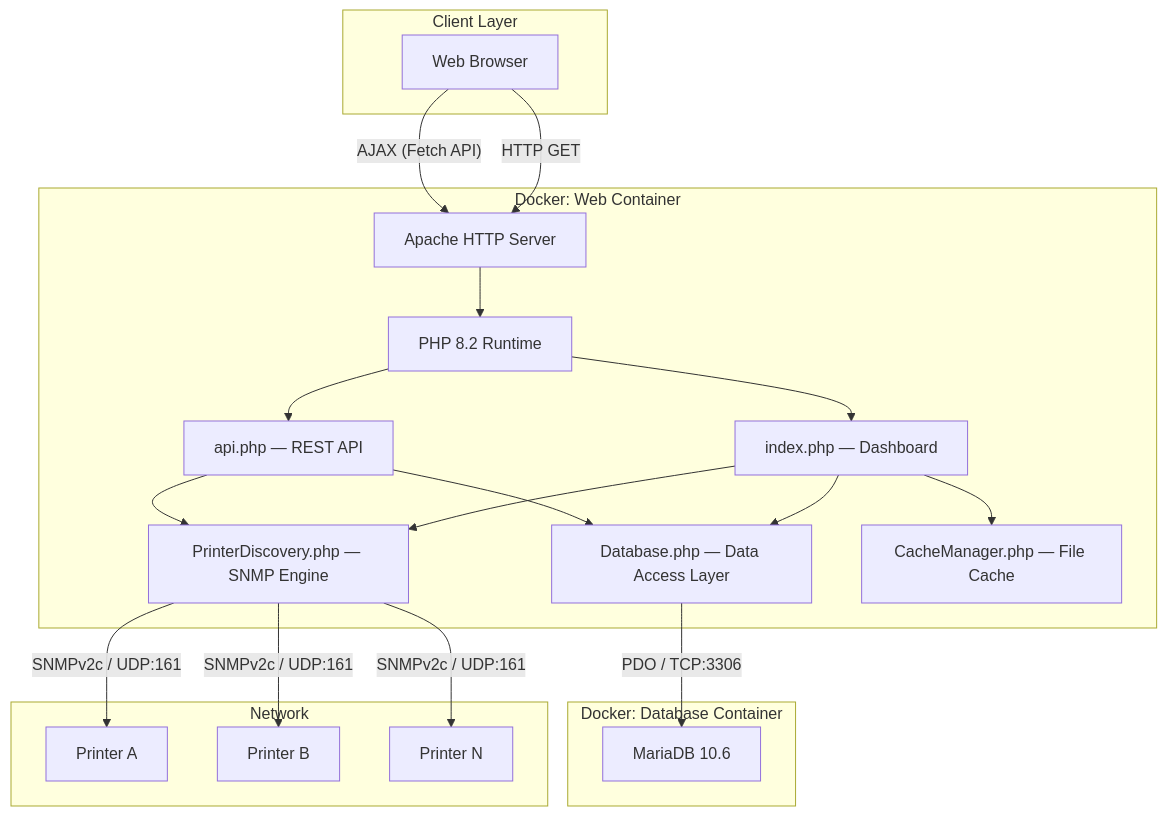
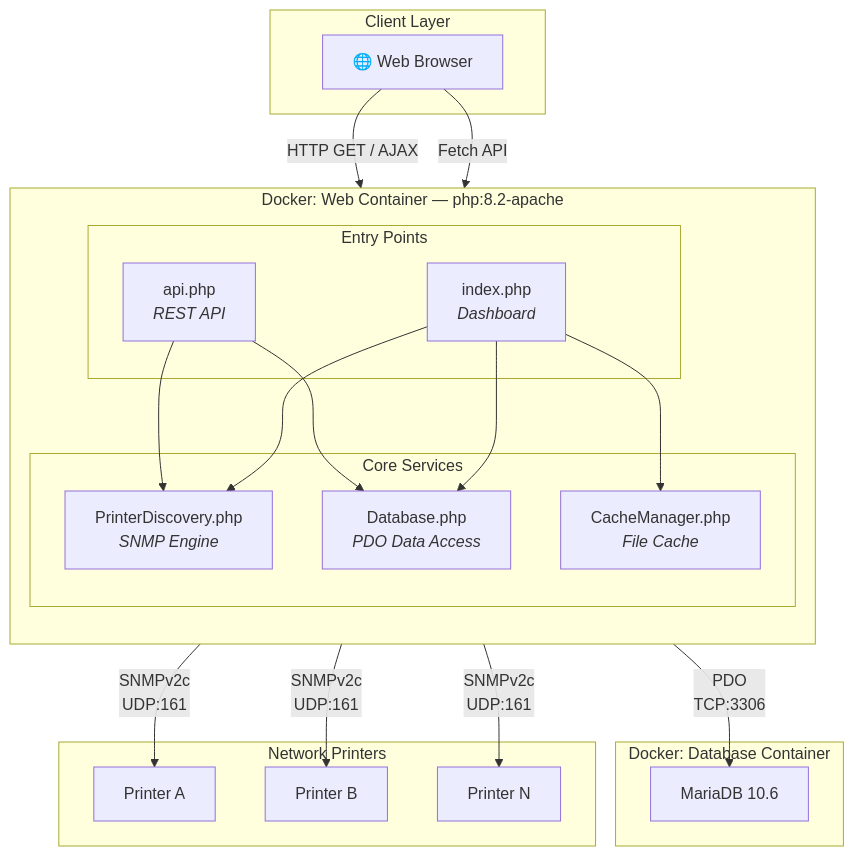
One commit to Silorak/S-printer changed the first of 5 diagrams in architecture.md. Above: the diagram before and after it, drawn with Mermaid. The commit also changed other lines of this file, not shown here.

````diff
--- a/architecture.md
+++ b/architecture.md
@@ -13,41 +13,43 @@
 ```mermaid
 graph TD
-    subgraph "Client Layer"
-        Browser["Web Browser"]
+    subgraph Client["Client Layer"]
+        Browser["🌐 Web Browser"]
     end
 
-    subgraph "Docker: Web Container"
-        Apache["Apache HTTP Server"]
-        PHP["PHP 8.2 Runtime"]
-        IndexPHP["index.php — Dashboard"]
-        ApiPHP["api.php — REST API"]
-        Discovery["PrinterDiscovery.php — SNMP Engine"]
-        DB["Database.php — Data Access Layer"]
-        Cache["CacheManager.php — File Cache"]
+    subgraph Docker_Web["Docker: Web Container — php:8.2-apache"]
+        direction TB
+        subgraph Entry["Entry Points"]
+            IndexPHP["index.php<br/><i>Dashboard</i>"]
+            ApiPHP["api.php<br/><i>REST API</i>"]
+        end
+        subgraph Core["Core Services"]
+            Discovery["PrinterDiscovery.php<br/><i>SNMP Engine</i>"]
+            DB["Database.php<br/><i>PDO Data Access</i>"]
+            Cache["CacheManager.php<br/><i>File Cache</i>"]
+        end
     end
 
-    subgraph "Docker: Database Container"
+    subgraph Docker_DB["Docker: Database Container"]
         MariaDB["MariaDB 10.6"]
     end
 
-    subgraph "Network"
+    subgraph Network["Network Printers"]
         Printer1["Printer A"]
         Printer2["Printer B"]
         PrinterN["Printer N"]
     end
 
-    Browser -->|"HTTP GET"| Apache
-    Browser -->|"AJAX (Fetch API)"| Apache
-    Apache --> PHP
-    PHP --> IndexPHP
-    PHP --> ApiPHP
+    Browser -->|"HTTP GET / AJAX"| IndexPHP
+    Browser -->|"Fetch API"| ApiPHP
+
     IndexPHP --> Discovery
     IndexPHP --> DB
     IndexPHP --> Cache
     ApiPHP --> Discovery
     ApiPHP --> DB
-    DB -->|"PDO / TCP:3306"| MariaDB
-    Discovery -->|"SNMPv2c / UDP:161"| Printer1
-    Discovery -->|"SNMPv2c / UDP:161"| Printer2
-    Discovery -->|"SNMPv2c / UDP:161"| PrinterN
+
+    DB -->|"PDO<br/>TCP:3306"| MariaDB
+    Discovery -->|"SNMPv2c<br/>UDP:161"| Printer1
+    Discovery -->|"SNMPv2c<br/>UDP:161"| Printer2
+    Discovery -->|"SNMPv2c<br/>UDP:161"| PrinterN
 ```
````
